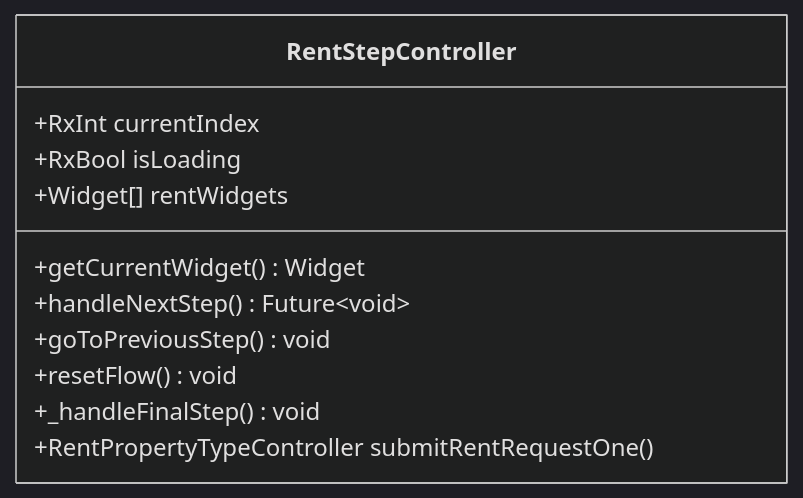
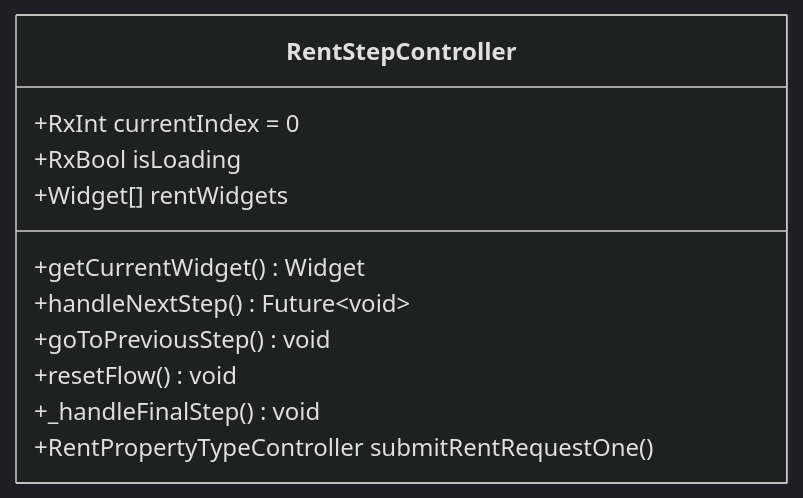
Before and after one commit to Ariful3111/FurniGo: the third of 7 diagrams in .qoder/repowiki/en/content/Core Features/Business Services/Rent Furniture System.md, drawn with Mermaid (dark theme). The commit also changed other lines of this file and 4 other files, not shown here.

````diff
--- a/.qoder/repowiki/en/content/Core Features/Business Services/Rent Furniture System.md
+++ b/.qoder/repowiki/en/content/Core Features/Business Services/Rent Furniture System.md
@@ -191,14 +194,14 @@
 ```mermaid
 classDiagram
 class RentStepController {
-+RxInt currentIndex
++RxInt currentIndex = 0
 +RxBool isLoading
 +Widget[] rentWidgets
 +getCurrentWidget() Widget
 +handleNextStep() Future~void~
 +goToPreviousStep() void
 +resetFlow() void
 +_handleFinalStep() void
 +RentPropertyTypeController submitRentRequestOne()
 }
 ```
````
